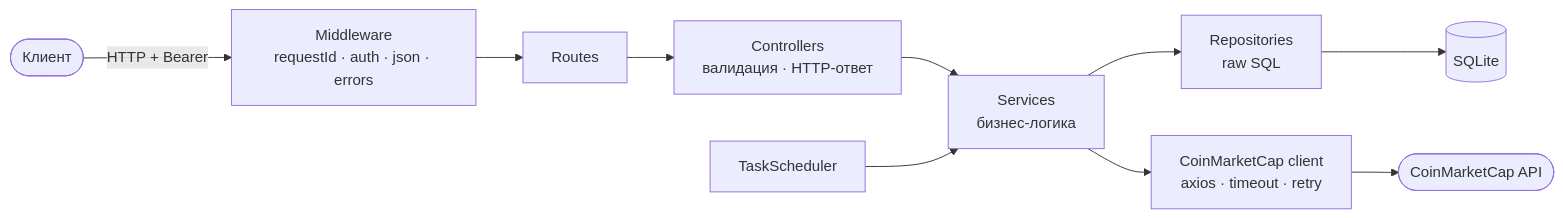
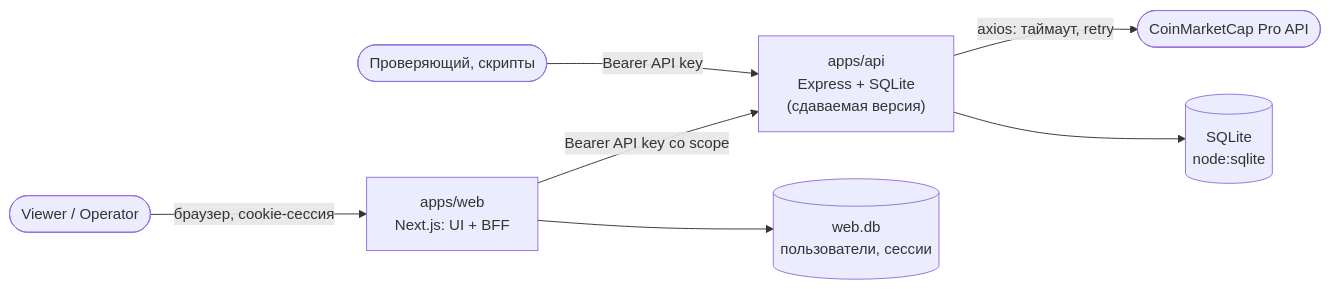
Before and after one commit to LeshBerz/crypto-price-tracker: the first of 2 diagrams in docs/project/architecture.md, drawn with Mermaid. The commit also changed other lines of this file and 1 other file, not shown here.

Commit message:
docs: replace draft architecture sections with ADR references

````diff
--- a/docs/project/architecture.md
+++ b/docs/project/architecture.md
@@ -9,12 +7,9 @@
 ```mermaid
 flowchart LR
-  Client([Клиент]) -->|HTTP + Bearer| MW[Middleware<br/>requestId · auth · json · errors]
-  MW --> R[Routes]
-  R --> C[Controllers<br/>валидация · HTTP-ответ]
-  C --> S[Services<br/>бизнес-логика]
-  S --> Repo[Repositories<br/>raw SQL]
-  Repo --> DB[(SQLite)]
-  S --> CMC[CoinMarketCap client<br/>axios · timeout · retry]
-  CMC --> Ext([CoinMarketCap API])
-  Sch[TaskScheduler] --> S
+  U([Viewer / Operator]) -->|браузер, cookie-сессия| WEB["apps/web<br/>Next.js: UI + BFF"]
+  WEB -->|Bearer API key со scope| API["apps/api<br/>Express + SQLite<br/>(сдаваемая версия)"]
+  R([Проверяющий, скрипты]) -->|Bearer API key| API
+  API -->|axios: таймаут, retry| CMC([CoinMarketCap Pro API])
+  API --> DB[(SQLite<br/>node:sqlite)]
+  WEB --> WDB[(web.db<br/>пользователи, сессии)]
 ```
````
